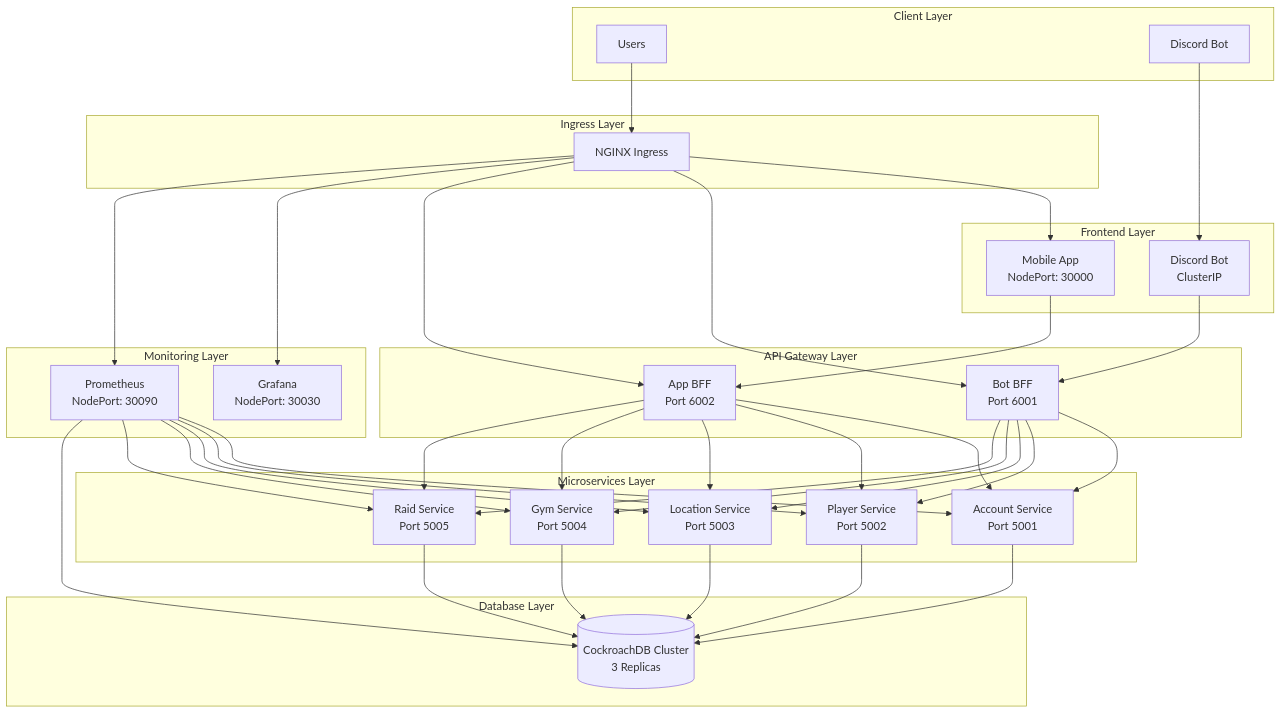
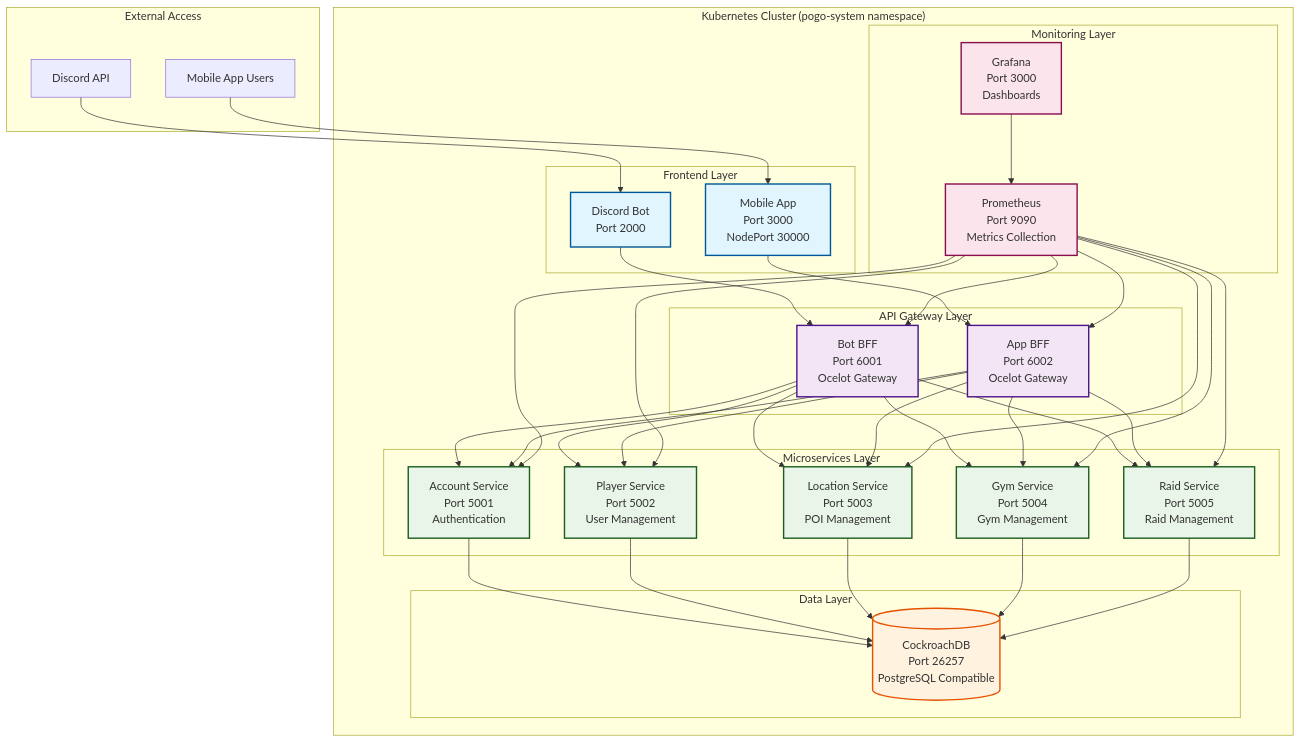
One commit to mikepattyn/pogo-community changed the diagram in docs/kubernetes.md. Above: the diagram before and after it, drawn with Mermaid. The commit also changed other lines of this file and 3 other files, not shown here.

Commit message:
Create comprehensive Kubernetes documentation with deployment guide, architecture diagram, and troubleshooting

````diff
--- a/docs/kubernetes.md
+++ b/docs/kubernetes.md
@@ -11,74 +52,87 @@
 ```mermaid
 graph TB
-    subgraph "Client Layer"
-        User[Users]
-        Bot[Discord Bot]
+    subgraph "External Access"
+        Discord[Discord API]
+        Mobile[Mobile App Users]
     end
-
-    subgraph "Ingress Layer"
-        Ingress[NGINX Ingress]
+    
+    subgraph "Kubernetes Cluster (pogo-system namespace)"
+        subgraph "Frontend Layer"
+            Bot[Discord Bot<br/>Port 2000]
+            App[Mobile App<br/>Port 3000<br/>NodePort 30000]
+        end
+        
+        subgraph "API Gateway Layer"
+            BotBFF[Bot BFF<br/>Port 6001<br/>Ocelot Gateway]
+            AppBFF[App BFF<br/>Port 6002<br/>Ocelot Gateway]
+        end
+        
+        subgraph "Microservices Layer"
+            Account[Account Service<br/>Port 5001<br/>Authentication]
+            Player[Player Service<br/>Port 5002<br/>User Management]
+            Location[Location Service<br/>Port 5003<br/>POI Management]
+            Gym[Gym Service<br/>Port 5004<br/>Gym Management]
+            Raid[Raid Service<br/>Port 5005<br/>Raid Management]
+        end
+        
+        subgraph "Data Layer"
+            CockroachDB[(CockroachDB<br/>Port 26257<br/>PostgreSQL Compatible)]
+        end
+        
+        subgraph "Monitoring Layer"
+            Prometheus[Prometheus<br/>Port 9090<br/>Metrics Collection]
+            Grafana[Grafana<br/>Port 3000<br/>Dashboards]
+        end
     end
-
-    subgraph "Frontend Layer"
-        App[Mobile App<br/>NodePort: 30000]
-        BotApp[Discord Bot<br/>ClusterIP]
-    end
-
-    subgraph "API Gateway Layer"
-        BotBFF[Bot BFF<br/>Port 6001]
-        AppBFF[App BFF<br/>Port 6002]
-    end
-
-    subgraph "Microservices Layer"
-        Account[Account Service<br/>Port 5001]
-        Player[Player Service<br/>Port 5002]
-        Location[Location Service<br/>Port 5003]
-        Gym[Gym Service<br/>Port 5004]
-        Raid[Raid Service<br/>Port 5005]
-    end
-
-    subgraph "Database Layer"
-        CockroachDB[(CockroachDB Cluster<br/>3 Replicas)]
-    end
-
-    subgraph "Monitoring Layer"
-        Prometheus[Prometheus<br/>NodePort: 30090]
-        Grafana[Grafana<br/>NodePort: 30030]
-    end
-
-    User --> Ingress
-    Bot --> BotApp
-    Ingress --> App
-    Ingress --> BotBFF
-    Ingress --> AppBFF
-    Ingress --> Grafana
-    Ingress --> Prometheus
-
-    BotApp --> BotBFF
+    
+    %% External connections
+    Discord --> Bot
+    Mobile --> App
+    
+    %% Frontend to BFF connections
+    Bot --> BotBFF
     App --> AppBFF
-
+    
+    %% BFF to Microservices connections
     BotBFF --> Account
     BotBFF --> Player
     BotBFF --> Location
     BotBFF --> Gym
     BotBFF --> Raid
-
+    
     AppBFF --> Account
     AppBFF --> Player
     AppBFF --> Location
     AppBFF --> Gym
     AppBFF --> Raid
-
+    
+    %% Microservices to Database connections
     Account --> CockroachDB
     Player --> CockroachDB
     Location --> CockroachDB
     Gym --> CockroachDB
     Raid --> CockroachDB
-
+    
+    %% Monitoring connections
     Prometheus --> Account
     Prometheus --> Player
     Prometheus --> Location
     Prometheus --> Gym
     Prometheus --> Raid
-    Prometheus --> CockroachDB
+    Prometheus --> BotBFF
+    Prometheus --> AppBFF
+    Grafana --> Prometheus
+    
+    %% Styling
+    classDef frontend fill:#e1f5fe,stroke:#01579b,stroke-width:2px
+    classDef gateway fill:#f3e5f5,stroke:#4a148c,stroke-width:2px
+    classDef microservice fill:#e8f5e8,stroke:#1b5e20,stroke-width:2px
+    classDef database fill:#fff3e0,stroke:#e65100,stroke-width:2px
+    classDef monitoring fill:#fce4ec,stroke:#880e4f,stroke-width:2px
+    
+    class Bot,App frontend
+    class BotBFF,AppBFF gateway
+    class Account,Player,Location,Gym,Raid microservice
+    class CockroachDB database
+    class Prometheus,Grafana monitoring
 ```
````
